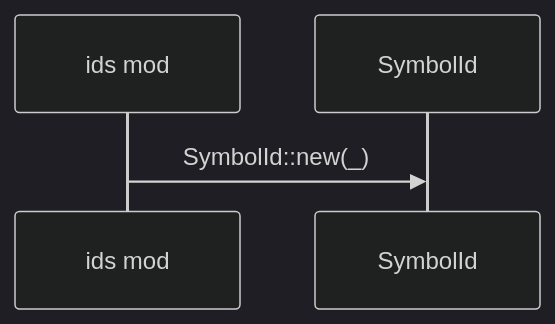
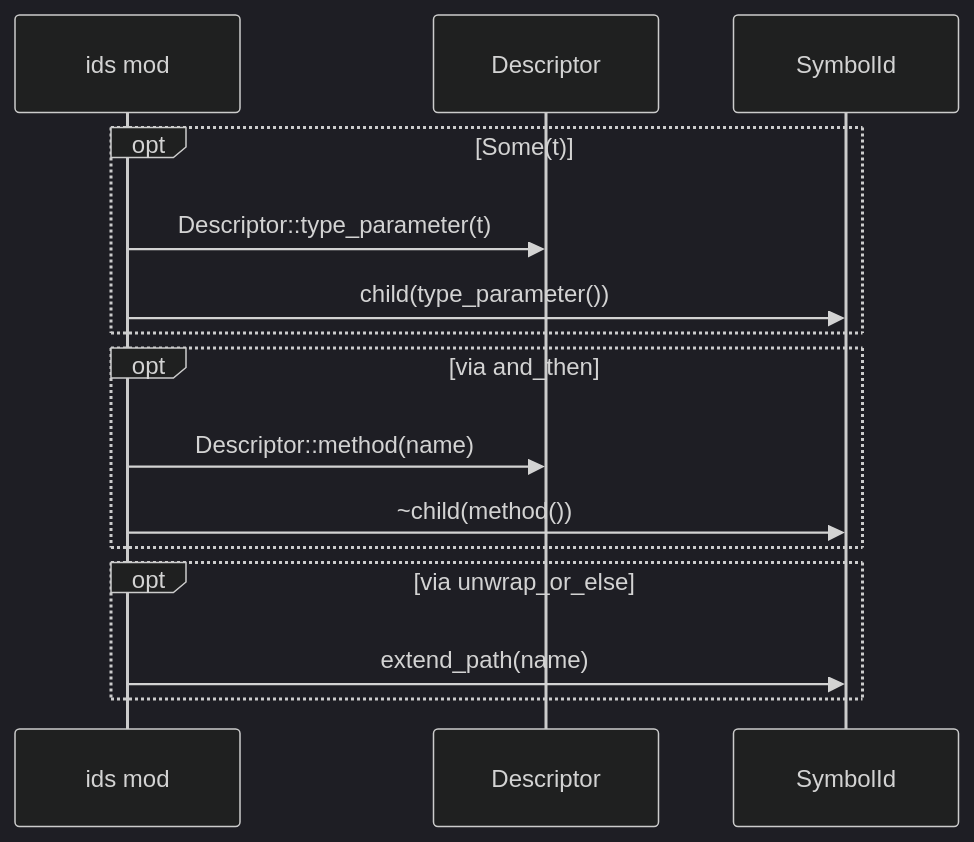
Before and after one commit to DreamLab-AI/codemaid: the fifth of 8 diagrams in docs/sealmap/crates/sealmap-frontend/src/ids.rs.md, drawn with Mermaid (dark theme). The commit also changed other lines of this file and 45 other files, not shown here.

First line of the commit message:
docs: regenerate the self-corpus for sym: ids and schema v2

````diff
--- a/docs/sealmap/crates/sealmap-frontend/src/ids.rs.md
+++ b/docs/sealmap/crates/sealmap-frontend/src/ids.rs.md
@@ -69,6 +85,17 @@
 ```mermaid
 sequenceDiagram
   participant sealmap_frontend__ids as ids mod
-  participant sealmap_model__symbol__SymbolId as SymbolId
-  sealmap_frontend__ids->>sealmap_model__symbol__SymbolId: SymbolId::new(_)
+  participant sealmap_model__sym___tDescriptor as Descriptor
+  participant sealmap_model__sym___tSymbolId as SymbolId
+  opt Some(t)
+    sealmap_frontend__ids->>sealmap_model__sym___tDescriptor: Descriptor::type_parameter(t)
+    sealmap_frontend__ids->>sealmap_model__sym___tSymbolId: child(type_parameter())
+  end
+  opt via and_then
+    sealmap_frontend__ids->>sealmap_model__sym___tDescriptor: Descriptor::method(name)
+    sealmap_frontend__ids->>sealmap_model__sym___tSymbolId: ~child(method())
+  end
+  opt via unwrap_or_else
+    sealmap_frontend__ids->>sealmap_model__sym___tSymbolId: extend_path(name)
+  end
 ```
````
